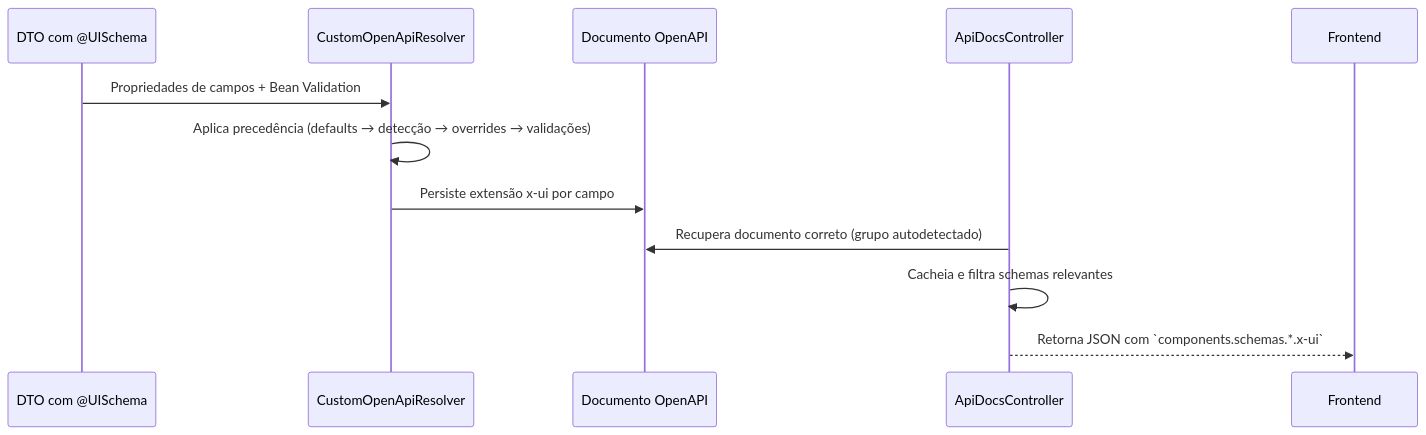
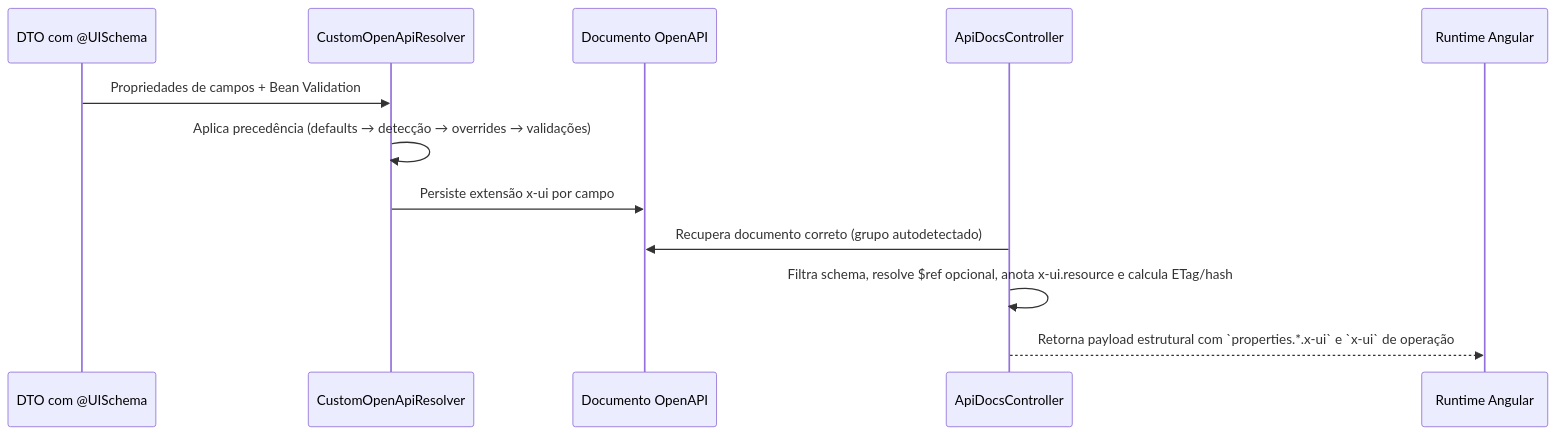
The second of 2 diagrams in docs/architecture-overview.md (codexrodrigues/praxis-metadata-starter), drawn with Mermaid before and after one commit. The commit also changed other lines of this file and 12 other files, not shown here.

````diff
--- a/docs/architecture-overview.md
+++ b/docs/architecture-overview.md
@@ -28,14 +38,15 @@
 ```mermaid
 sequenceDiagram
     participant DTO as DTO com @UISchema
     participant Resolver as CustomOpenApiResolver
     participant OpenAPI as Documento OpenAPI
-    participant Controller as ApiDocsController
+    participant Docs as ApiDocsController
+    participant UI as Runtime Angular
 
     DTO->>Resolver: Propriedades de campos + Bean Validation
     Resolver->>Resolver: Aplica precedência (defaults → detecção → overrides → validações)
     Resolver->>OpenAPI: Persiste extensão x-ui por campo
-    Controller->>OpenAPI: Recupera documento correto (grupo autodetectado)
-    Controller->>Controller: Cacheia e filtra schemas relevantes
-    Controller-->>Frontend: Retorna JSON com `components.schemas.*.x-ui`
+    Docs->>OpenAPI: Recupera documento correto (grupo autodetectado)
+    Docs->>Docs: Filtra schema, resolve $ref opcional, anota x-ui.resource e calcula ETag/hash
+    Docs-->>UI: Retorna payload estrutural com `properties.*.x-ui` e `x-ui` de operação
 ```
````
